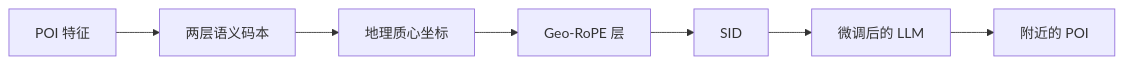
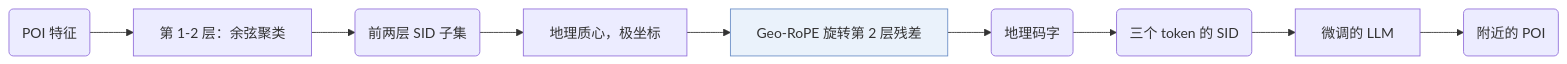
Before and after one commit to Galaxy-ghost/Awesome-SID-Generative-Rec: the diagram in notes/zh/progeo.md, drawn with Mermaid. The commit also changed 521 other files, not shown here.

Commit message:
writer-04 part 3: algorithm diagrams with shared shape conventions, README hero and paper cards, archive removed

````diff
--- a/notes/zh/progeo.md
+++ b/notes/zh/progeo.md
@@ -15,9 +15,12 @@
 ```mermaid
 flowchart LR
-    A[POI 特征] --> B[两层语义码本]
-    B --> C[地理质心坐标]
-    C --> D[Geo-RoPE 层]
-    D --> E[SID]
-    E --> F[微调后的 LLM]
-    F --> G[附近的 POI]
+    A("POI 特征") --> B["第 1-2 层：余弦聚类"]
+    B --> C("前两层 SID 子集")
+    C --> D["地理质心，极坐标"]
+    D --> E["Geo-RoPE 旋转第 2 层残差"]:::key
+    E --> F("地理码字")
+    F --> G("三个 token 的 SID")
+    G --> H["微调的 LLM"]
+    H --> I("附近的 POI")
+    classDef key fill:#eaf2fb,stroke:#6b8fc7
 ```
````
